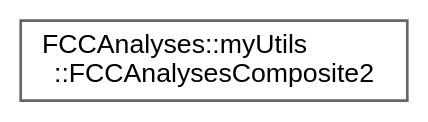
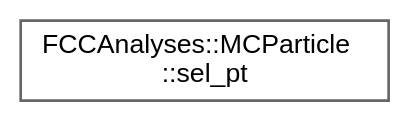
The diagram in doc/latest/inherit_graph_56.dot (HEP-FCC/FCCAnalyses), drawn with Graphviz before and after one commit. The commit also changed 173 other files, not shown here.

```diff
--- a/doc/latest/inherit_graph_56.dot
+++ b/doc/latest/inherit_graph_56.dot
@@ -1,9 +1,9 @@
 digraph "Graphical Class Hierarchy"
 {
  // LATEX_PDF_SIZE
   bgcolor="transparent";
   edge [fontname=Helvetica,fontsize=10,labelfontname=Helvetica,labelfontsize=10];
   node [fontname=Helvetica,fontsize=10,shape=box,height=0.2,width=0.4];
   rankdir="LR";
-  Node0 [id="Node000000",label="FCCAnalyses::myUtils\l::FCCAnalysesComposite2",height=0.2,width=0.4,color="grey40", fillcolor="white", style="filled",URL="$structFCCAnalyses_1_1myUtils_1_1FCCAnalysesComposite2.html",tooltip=" "];
+  Node0 [id="Node000000",label="FCCAnalyses::MCParticle\l::sel_pt",height=0.2,width=0.4,color="grey40", fillcolor="white", style="filled",URL="$structFCCAnalyses_1_1MCParticle_1_1sel__pt.html",tooltip="select MCParticles with transverse momentum greater than a minimum value [GeV]"];
 }
```
